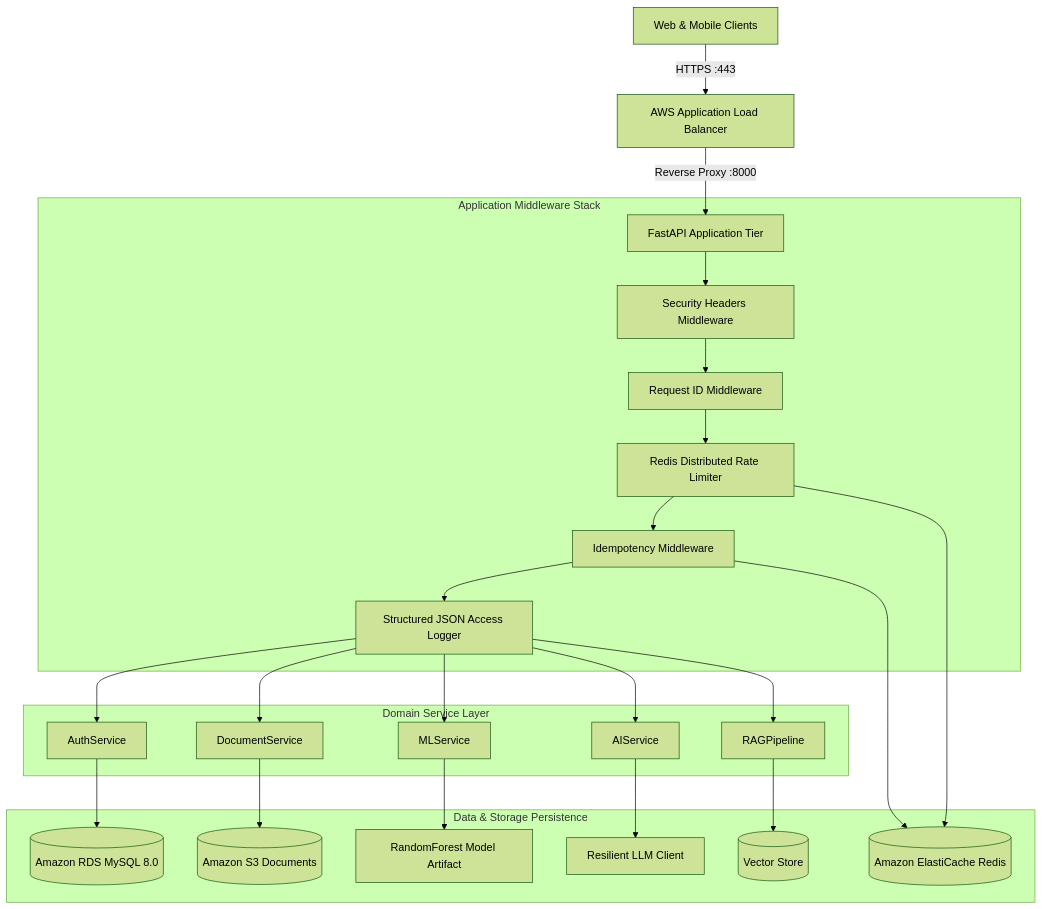
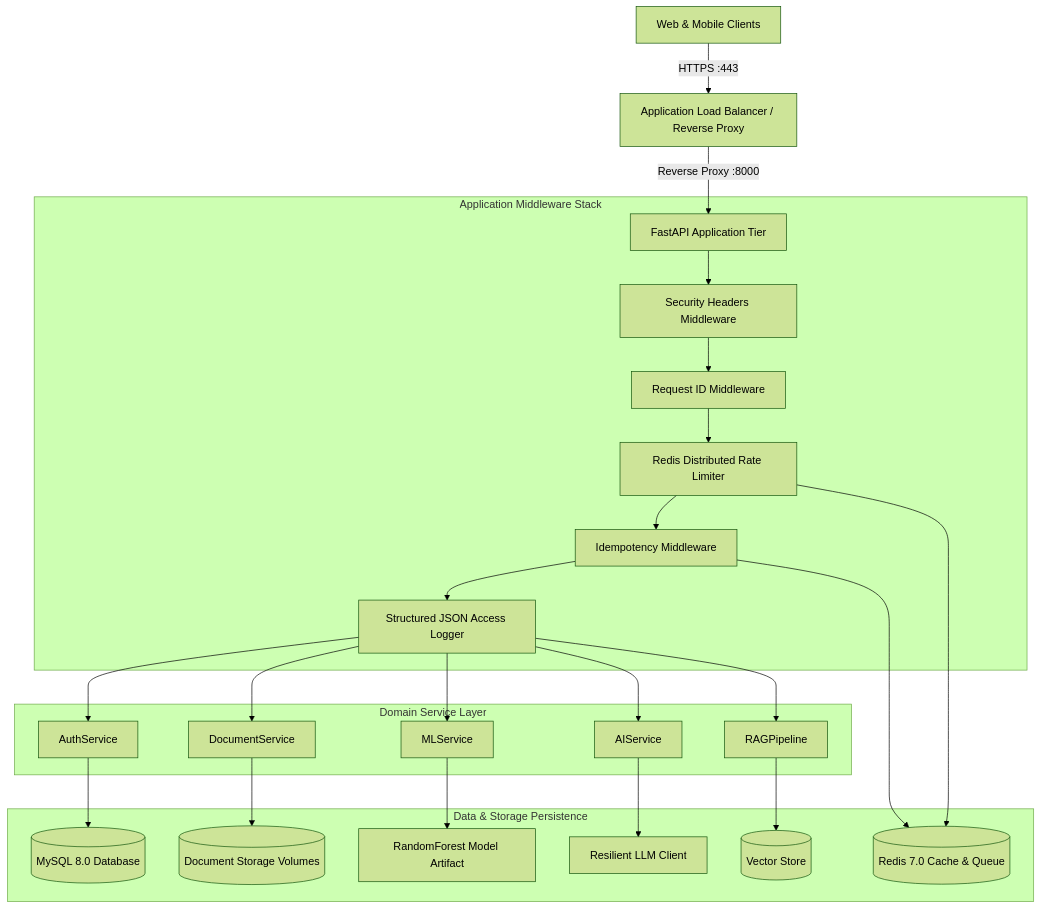
One commit to Raghu9855/CareerAi changed the diagram in README.md. Above: the diagram before and after it, drawn with Mermaid (forest theme). The commit also changed other lines of this file and 50 other files, not shown here.

Commit message:
feat: redesign UI with Apple-inspired aesthetic and migrate storage to cloud-agnostic container architecture

````diff
--- a/README.md
+++ b/README.md
@@ -27,31 +27,31 @@
 ```mermaid
 graph TD
-    Client[Web & Mobile Clients] -->|HTTPS :443| ALB[AWS Application Load Balancer]
-    ALB -->|Reverse Proxy :8000| FastAPI[FastAPI Application Tier]
+    Client[Web & Mobile Clients] -->|HTTPS :443| LB[Application Load Balancer / Reverse Proxy]
+    LB -->|Reverse Proxy :8000| FastAPI[FastAPI Application Tier]
 
     subgraph "Application Middleware Stack"
         FastAPI --> SecHead[Security Headers Middleware]
         SecHead --> ReqID[Request ID Middleware]
         ReqID --> RateLim[Redis Distributed Rate Limiter]
         RateLim --> Idemp[Idempotency Middleware]
         Idemp --> AccessLog[Structured JSON Access Logger]
     end
 
     subgraph "Domain Service Layer"
         AccessLog --> AuthSvc[AuthService]
         AccessLog --> DocSvc[DocumentService]
         AccessLog --> MLSvc[MLService]
         AccessLog --> AISvc[AIService]
         AccessLog --> RAGSvc[RAGPipeline]
     end
 
     subgraph "Data & Storage Persistence"
-        AuthSvc --> MySQL[(Amazon RDS MySQL 8.0)]
-        DocSvc --> S3[(Amazon S3 Documents)]
+        AuthSvc --> MySQL[(MySQL 8.0 Database)]
+        DocSvc --> Storage[(Document Storage Volumes)]
         MLSvc --> MLModel[RandomForest Model Artifact]
         AISvc --> LLM[Resilient LLM Client]
         RAGSvc --> VecStore[(Vector Store)]
-        RateLim --> Redis[(Amazon ElastiCache Redis)]
+        RateLim --> Redis[(Redis 7.0 Cache & Queue)]
         Idemp --> Redis
     end
 ```
````
